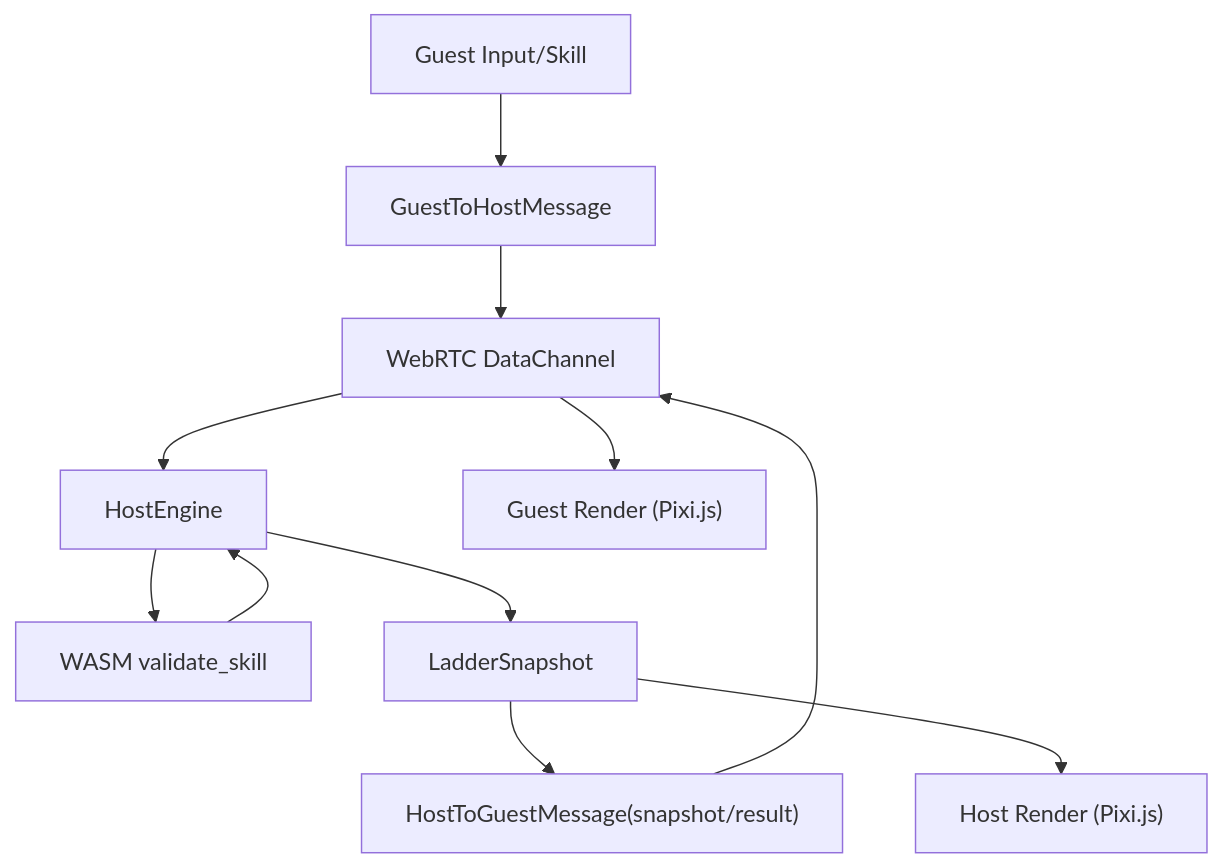
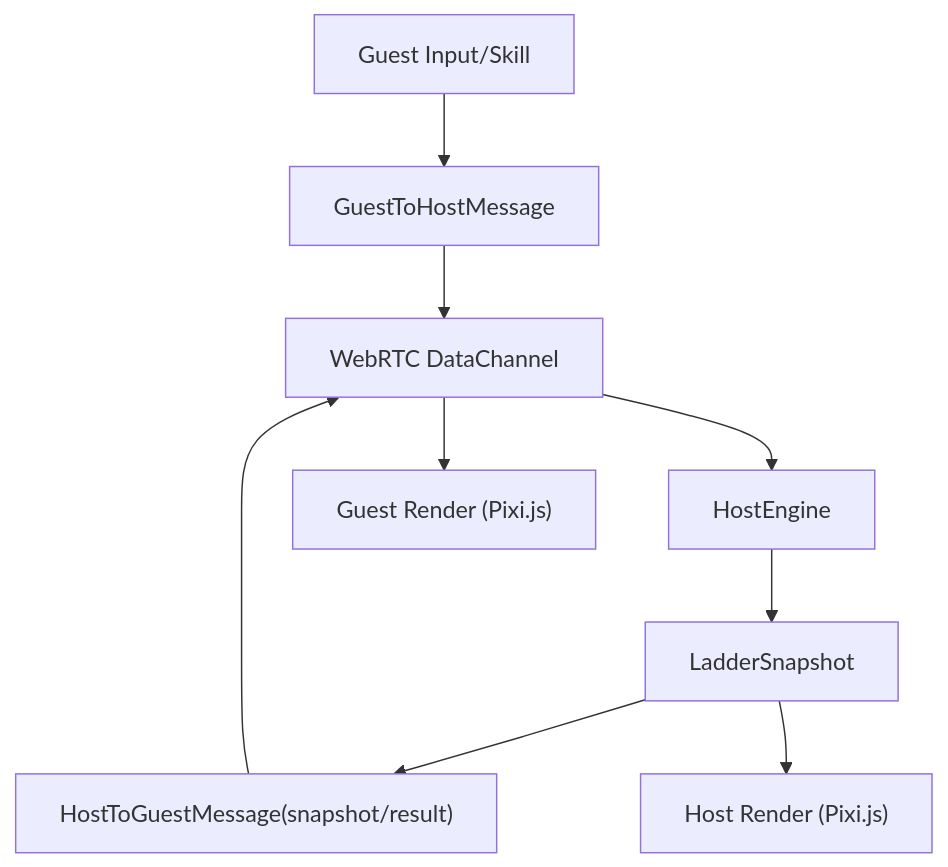
The third of 3 diagrams in doc/architecture.md (nohi/ami-da), drawn with Mermaid before and after one commit. The commit also changed other lines of this file and 14 other files, not shown here.

````diff
--- a/doc/architecture.md
+++ b/doc/architecture.md
@@ -80,13 +78,11 @@
 ```mermaid
 flowchart TD
   GuestInput["Guest Input/Skill"] --> Proposal["GuestToHostMessage"]
   Proposal --> DC["WebRTC DataChannel"]
   DC --> HostEngine["HostEngine"]
-  HostEngine --> Wasm["WASM validate_skill"]
-  Wasm --> HostEngine
   HostEngine --> Snapshot["LadderSnapshot"]
   Snapshot --> Broadcast["HostToGuestMessage(snapshot/result)"]
   Broadcast --> DC
   DC --> GuestView["Guest Render (Pixi.js)"]
   Snapshot --> HostView["Host Render (Pixi.js)"]
 ```
````
